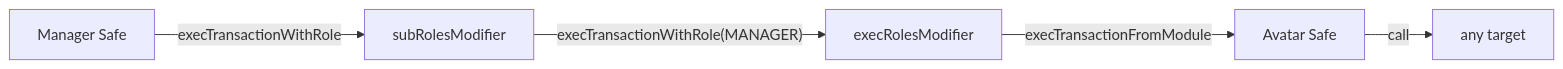
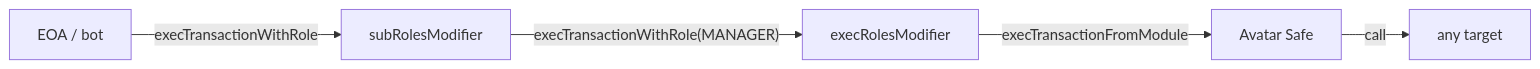
One commit to karpatkey/onchain-investment-vehicles changed the fourth of 4 diagrams in docs/KpkOivFactory.md. Above: the diagram before and after it, drawn with Mermaid. The commit also changed other lines of this file, not shown here.

Commit message:
docs: clarify subRolesModifier purpose — automations with scoped permissions

````diff
--- a/docs/KpkOivFactory.md
+++ b/docs/KpkOivFactory.md
@@ -109,7 +109,7 @@
 ```mermaid
 graph LR
-    MS["Manager Safe"] -->|"execTransactionWithRole"| SM["subRolesModifier"]
+    EOA["EOA / bot"] -->|"execTransactionWithRole"| SM["subRolesModifier"]
     SM -->|"execTransactionWithRole(MANAGER)"| EM["execRolesModifier"]
     EM -->|"execTransactionFromModule"| AS["Avatar Safe"]
     AS -->|"call"| T["any target"]
 ```
````
